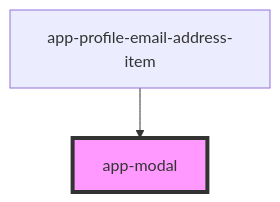
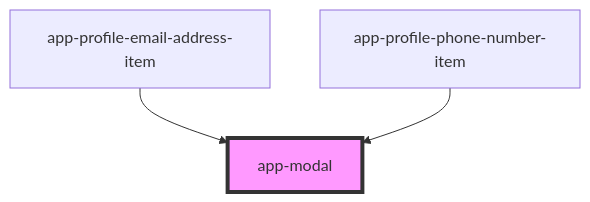
One commit to lokheed/IconEventNetwork.Web changed the diagram in iconeventnetwork-web/src/components/app-modal/readme.md. Above: the diagram before and after it, drawn with Mermaid. The commit also changed other lines of this file and 21 other files, not shown here.

````diff
--- a/iconeventnetwork-web/src/components/app-modal/readme.md
+++ b/iconeventnetwork-web/src/components/app-modal/readme.md
@@ -33,5 +34,6 @@
 ```mermaid
 graph TD;
   app-profile-email-address-item --> app-modal
+  app-profile-phone-number-item --> app-modal
   style app-modal fill:#f9f,stroke:#333,stroke-width:4px
 ```
````
